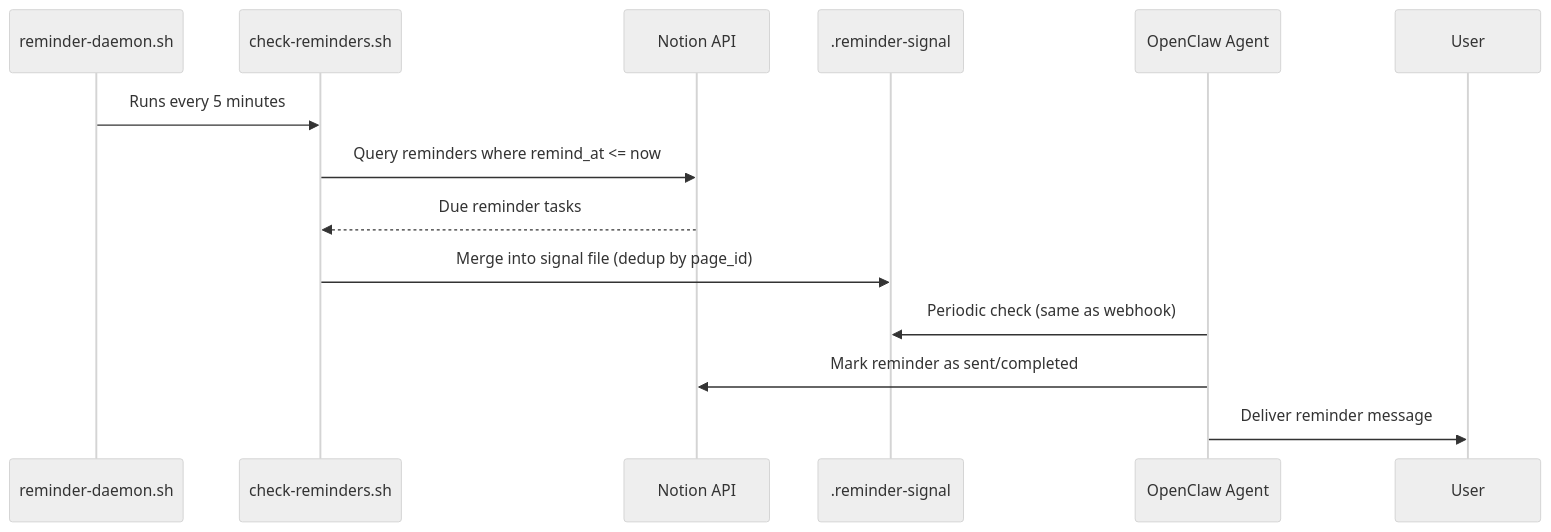
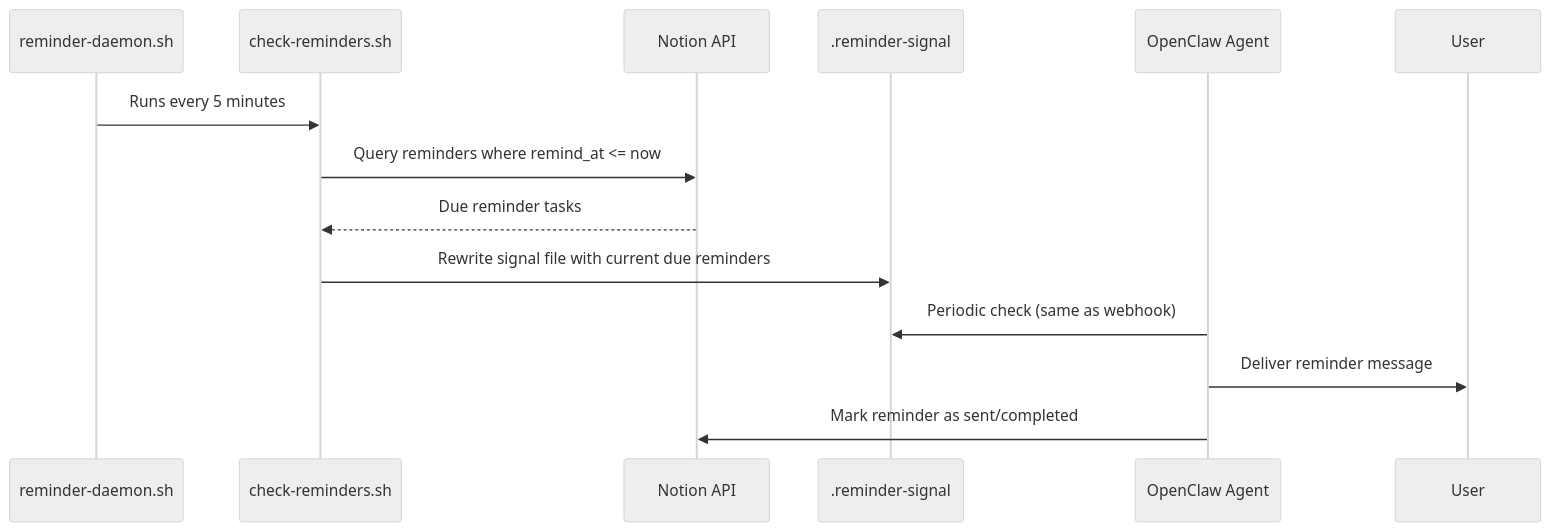
Before and after one commit to NickBorgersProbably/hide-my-list: the fifth of 6 diagrams in docs/architecture.md, drawn with Mermaid (neutral theme). The commit also changed other lines of this file and 5 other files, not shown here.

Commit message:
Fix reminder signal lifecycle and error handling

````diff
--- a/docs/architecture.md
+++ b/docs/architecture.md
@@ -197,17 +197,17 @@
 ```mermaid
 sequenceDiagram
     participant Daemon as reminder-daemon.sh
     participant Script as check-reminders.sh
     participant Notion as Notion API
     participant Signal as .reminder-signal
     participant Agent as OpenClaw Agent
     participant User
 
     Daemon->>Script: Runs every 5 minutes
     Script->>Notion: Query reminders where remind_at <= now
     Notion-->>Script: Due reminder tasks
-    Script->>Signal: Merge into signal file (dedup by page_id)
+    Script->>Signal: Rewrite signal file with current due reminders
     Agent->>Signal: Periodic check (same as webhook)
+    Agent->>User: Deliver reminder message
     Agent->>Notion: Mark reminder as sent/completed
-    Agent->>User: Deliver reminder message
 ```
````
